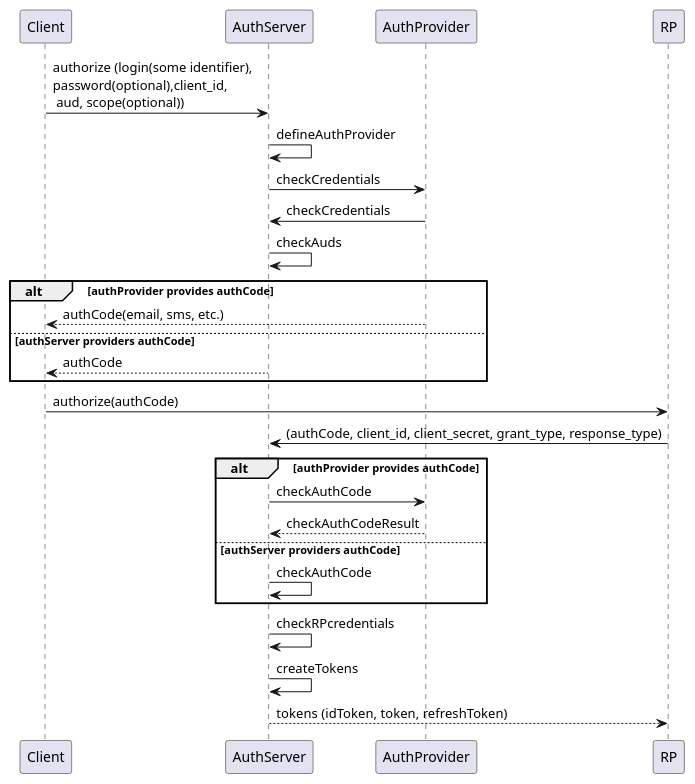
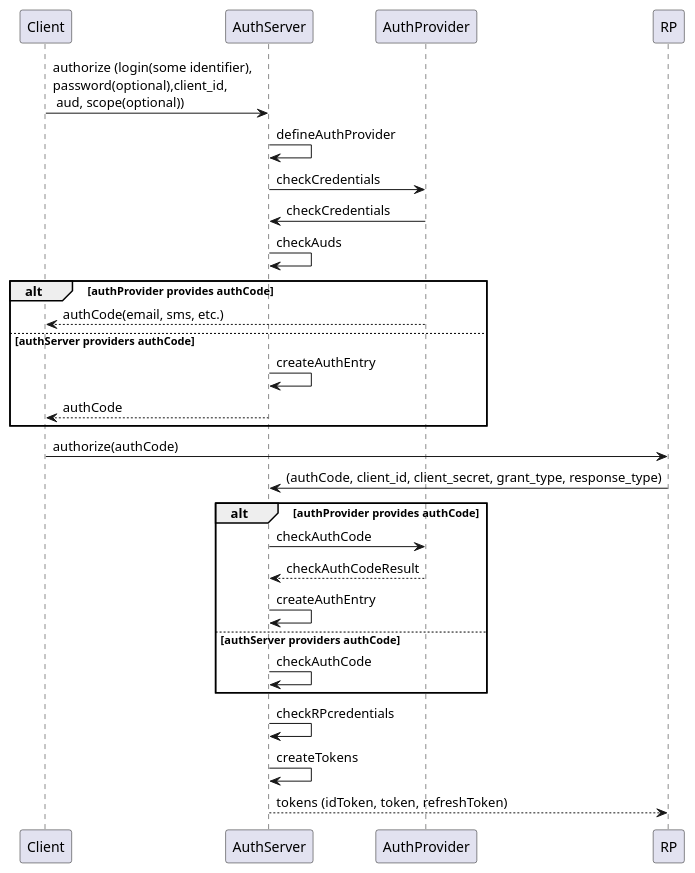
The diagram in domain/src/main/doc/AuthCodeAuthentication.puml (alfa-laboratory/ratauth), drawn with PlantUML before and after one commit. The commit also changed 6 other files, not shown here.

Commit message:
flow with authcode provided by AuthProvider

```diff
--- a/domain/src/main/doc/AuthCodeAuthentication.puml
+++ b/domain/src/main/doc/AuthCodeAuthentication.puml
@@ -1,23 +1,25 @@
 @startuml
 Client -> AuthServer: authorize (login(some identifier),\npassword(optional),client_id,\n aud, scope(optional))
 AuthServer -> AuthServer: defineAuthProvider
 AuthServer -> AuthProvider: checkCredentials
 AuthServer <- AuthProvider: checkCredentials
 AuthServer -> AuthServer: checkAuds
 alt authProvider provides authCode
  Client <-- AuthProvider: authCode(email, sms, etc.)
 else authServer providers authCode
+ AuthServer -> AuthServer: createAuthEntry
  Client <-- AuthServer: authCode
 end
 Client -> RP: authorize(authCode)
 AuthServer <- RP : (authCode, client_id, client_secret, grant_type, response_type)
 alt authProvider provides authCode
  AuthServer -> AuthProvider: checkAuthCode
  AuthServer <-- AuthProvider: checkAuthCodeResult
+ AuthServer -> AuthServer: createAuthEntry
 else authServer providers authCode
  AuthServer -> AuthServer: checkAuthCode
 end
 AuthServer -> AuthServer: checkRPcredentials
 AuthServer -> AuthServer: createTokens
 AuthServer --> RP: tokens (idToken, token, refreshToken)
 @enduml
```
